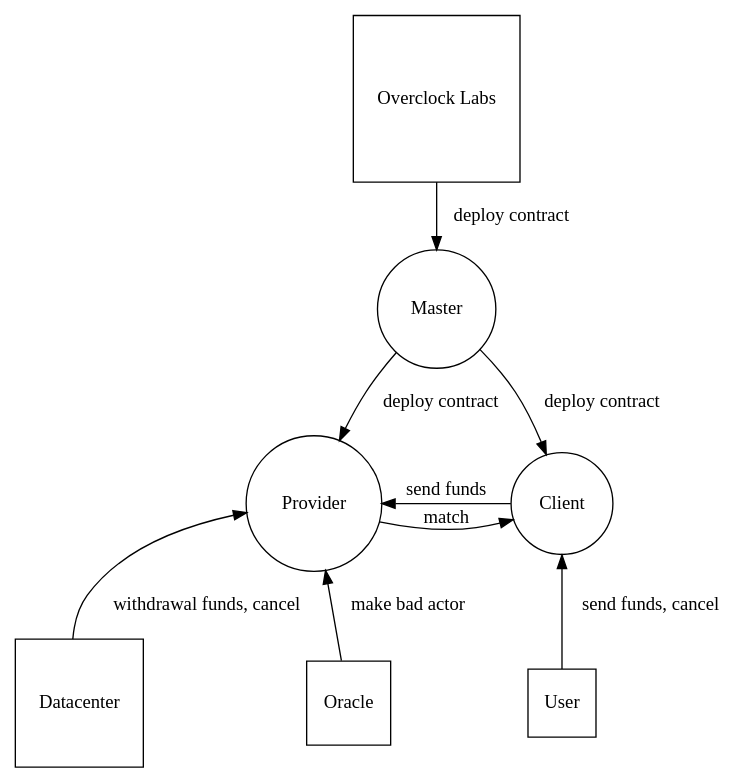
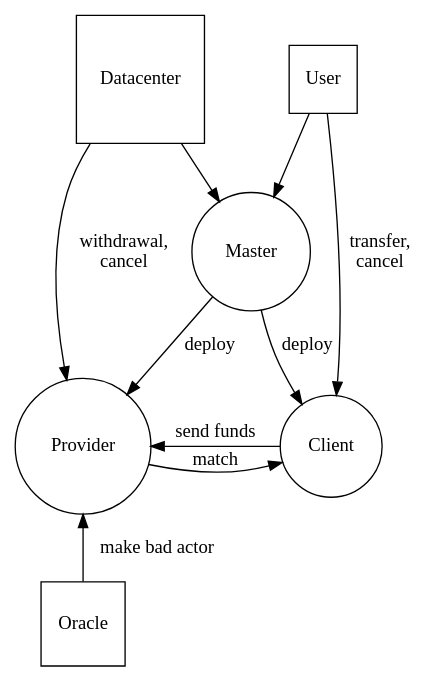
Before and after one commit to akash-network/node: the diagram in ethereum/_docs/dot/contracts.dot, drawn with Graphviz. The commit also changed 1 other file, not shown here.

```diff
--- a/ethereum/_docs/dot/contracts.dot
+++ b/ethereum/_docs/dot/contracts.dot
@@ -1,25 +1,25 @@
 digraph marketplace {
 
   rankdir=TD;
 
   "master"                      [shape=circle label="Master"];
   "provider"                    [shape=circle label="Provider"];
   "client"                      [shape=circle label="Client"];
   "user"                        [shape=square label="User"];
   "datacenter"                  [shape=square label="Datacenter"];
-  "overclock-labs"              [shape=square label="Overclock Labs"];
   "oracle"                      [shape=square label="Oracle"];
 
-  "overclock-labs" -> "master"  [label="deploy contract"];
-  "master" -> "provider"        [label="deploy contract"];
-  "master" -> "client"          [label="deploy contract"];
+  "user" -> "master"            [label=""];
+  "datacenter" -> "master"      [label=""];
+  "master" -> "provider"        [label="deploy"];
+  "master" -> "client"          [label="deploy"];
   "provider" -> "client"        [label="match"];
   "client" -> "provider"        [label="send funds", labelangle="-50.0"];
-  "user" -> "client"            [label="send funds, cancel"];
-  "datacenter" -> "provider"    [label="withdrawal funds, cancel"];
+  "user" -> "client"            [label="transfer,\ncancel"];
+  "datacenter" -> "provider"    [label="withdrawal,\ncancel"];
   "oracle" -> "provider"        [label="make bad actor"];
 
-  { rank=source "overclock-labs" }
-  { rank=sink "user", "datacenter", "oracle" }
+  { rank=source "user", "datacenter" }
+  { rank=sink  "oracle" }
   { rank=same "client", "provider" }
 }
```
